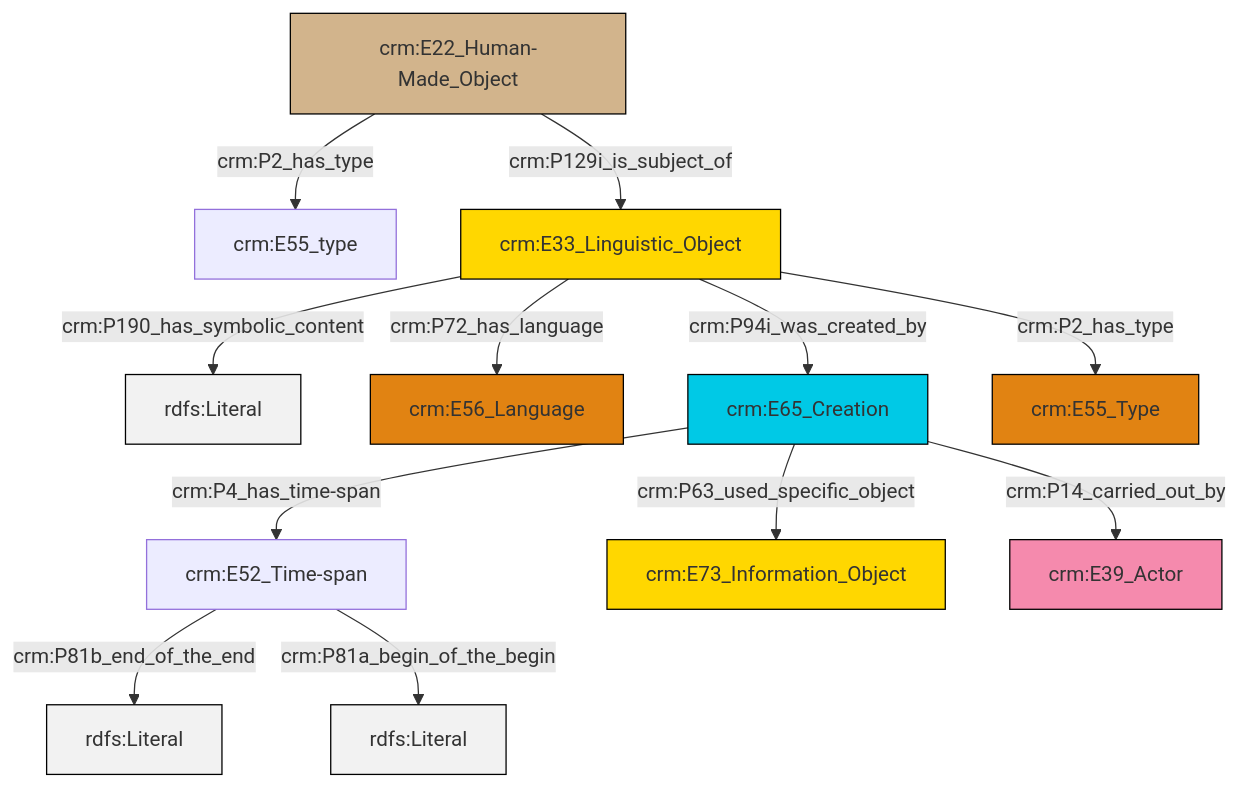
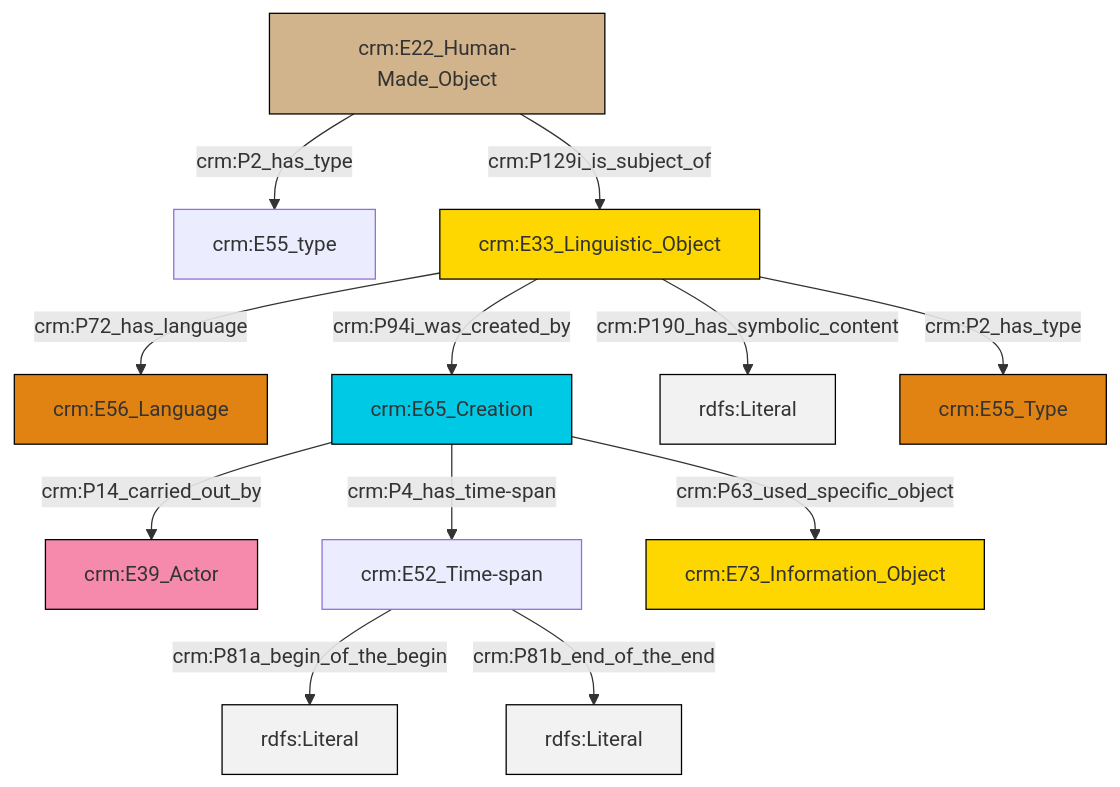
Before and after one commit to swiss-art-research-net/docs.swissartresearch: the diagram in et/builtWorkCSV/ttl/mmd/Built_Work_description.ttl.mmd, drawn with Mermaid. The commit also changed 180 other files, not shown here.

```diff
--- a/et/builtWorkCSV/ttl/mmd/Built_Work_description.ttl.mmd
+++ b/et/builtWorkCSV/ttl/mmd/Built_Work_description.ttl.mmd
@@ -1,26 +1,26 @@
 graph TD
 classDef Literal fill:#f2f2f2,stroke:#000000;
 classDef CRM_Entity fill:#FFFFFF,stroke:#000000;
 classDef Temporal_Entity fill:#00C9E6, stroke:#000000;
 classDef Type fill:#E18312, stroke:#000000;
 classDef Time-Span fill:#2C9C91, stroke:#000000;
 classDef Appellation fill:#FFEB7F, stroke:#000000;
 classDef Place fill:#008836, stroke:#000000;
 classDef Persistent_Item fill:#B266B2, stroke:#000000;
 classDef Conceptual_Object fill:#FFD700, stroke:#000000;
 classDef Physical_Thing fill:#D2B48C, stroke:#000000;
 classDef Actor fill:#f58aad, stroke:#000000;
 classDef PC_Classes fill:#4ce600, stroke:#000000;
 classDef Multi fill:#cccccc,stroke:#000000;
 
-2["crm:E33_Linguistic_Object"]:::Conceptual_Object -->|crm:P190_has_symbolic_content| 3[rdfs:Literal]:::Literal
-6["crm:E22_Human-Made_Object"]:::Physical_Thing -->|crm:P2_has_type| 0["crm:E55_type"]:::Default
-4["crm:E52_Time-span"]:::Default -->|crm:P81b_end_of_the_end| 10[rdfs:Literal]:::Literal
-11["crm:E65_Creation"]:::Temporal_Entity -->|crm:P63_used_specific_object| 12["crm:E73_Information_Object"]:::Conceptual_Object
-11["crm:E65_Creation"]:::Temporal_Entity -->|crm:P14_carried_out_by| 14["crm:E39_Actor"]:::Actor
-6["crm:E22_Human-Made_Object"]:::Physical_Thing -->|crm:P129i_is_subject_of| 2["crm:E33_Linguistic_Object"]:::Conceptual_Object
-4["crm:E52_Time-span"]:::Default -->|crm:P81a_begin_of_the_begin| 19[rdfs:Literal]:::Literal
-2["crm:E33_Linguistic_Object"]:::Conceptual_Object -->|crm:P72_has_language| 7["crm:E56_Language"]:::Type
-2["crm:E33_Linguistic_Object"]:::Conceptual_Object -->|crm:P2_has_type| 16["crm:E55_Type"]:::Type
-11["crm:E65_Creation"]:::Temporal_Entity -->|crm:P4_has_time-span| 4["crm:E52_Time-span"]:::Default
-2["crm:E33_Linguistic_Object"]:::Conceptual_Object -->|crm:P94i_was_created_by| 11["crm:E65_Creation"]:::Temporal_Entity
+2["crm:E52_Time-span"]:::Default -->|crm:P81a_begin_of_the_begin| 3[rdfs:Literal]:::Literal
+6["crm:E33_Linguistic_Object"]:::Conceptual_Object -->|crm:P72_has_language| 7["crm:E56_Language"]:::Type
+9["crm:E22_Human-Made_Object"]:::Physical_Thing -->|crm:P129i_is_subject_of| 6["crm:E33_Linguistic_Object"]:::Conceptual_Object
+10["crm:E65_Creation"]:::Temporal_Entity -->|crm:P14_carried_out_by| 0["crm:E39_Actor"]:::Actor
+10["crm:E65_Creation"]:::Temporal_Entity -->|crm:P63_used_specific_object| 11["crm:E73_Information_Object"]:::Conceptual_Object
+10["crm:E65_Creation"]:::Temporal_Entity -->|crm:P4_has_time-span| 2["crm:E52_Time-span"]:::Default
+2["crm:E52_Time-span"]:::Default -->|crm:P81b_end_of_the_end| 14[rdfs:Literal]:::Literal
+6["crm:E33_Linguistic_Object"]:::Conceptual_Object -->|crm:P94i_was_created_by| 10["crm:E65_Creation"]:::Temporal_Entity
+9["crm:E22_Human-Made_Object"]:::Physical_Thing -->|crm:P2_has_type| 4["crm:E55_type"]:::Default
+6["crm:E33_Linguistic_Object"]:::Conceptual_Object -->|crm:P190_has_symbolic_content| 17[rdfs:Literal]:::Literal
+6["crm:E33_Linguistic_Object"]:::Conceptual_Object -->|crm:P2_has_type| 19["crm:E55_Type"]:::Type
```
